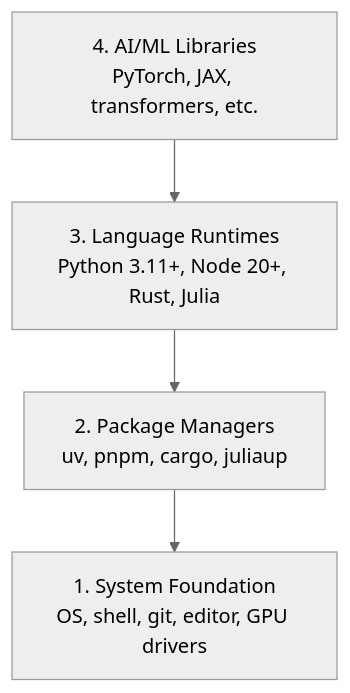
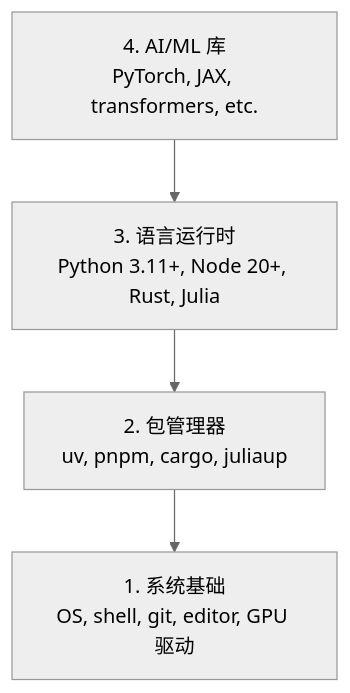
The diagram in phases/00-setup-and-tooling/01-dev-environment.md (cq0206/ai-engineering-from-scratch), drawn with Mermaid (neutral theme) before and after one commit. The commit also changed other lines of this file and 67 other files, not shown here.

````diff
--- a/phases/00-setup-and-tooling/01-dev-environment.md
+++ b/phases/00-setup-and-tooling/01-dev-environment.md
@@ -27,6 +27,6 @@
 ```mermaid
 graph TD
-    A["4. AI/ML Libraries\nPyTorch, JAX, transformers, etc."] --> B["3. Language Runtimes\nPython 3.11+, Node 20+, Rust, Julia"]
-    B --> C["2. Package Managers\nuv, pnpm, cargo, juliaup"]
-    C --> D["1. System Foundation\nOS, shell, git, editor, GPU drivers"]
+    A["4. AI/ML 库\nPyTorch, JAX, transformers, etc."] --> B["3. 语言运行时\nPython 3.11+, Node 20+, Rust, Julia"]
+    B --> C["2. 包管理器\nuv, pnpm, cargo, juliaup"]
+    C --> D["1. 系统基础\nOS, shell, git, editor, GPU 驱动"]
 ```
````
